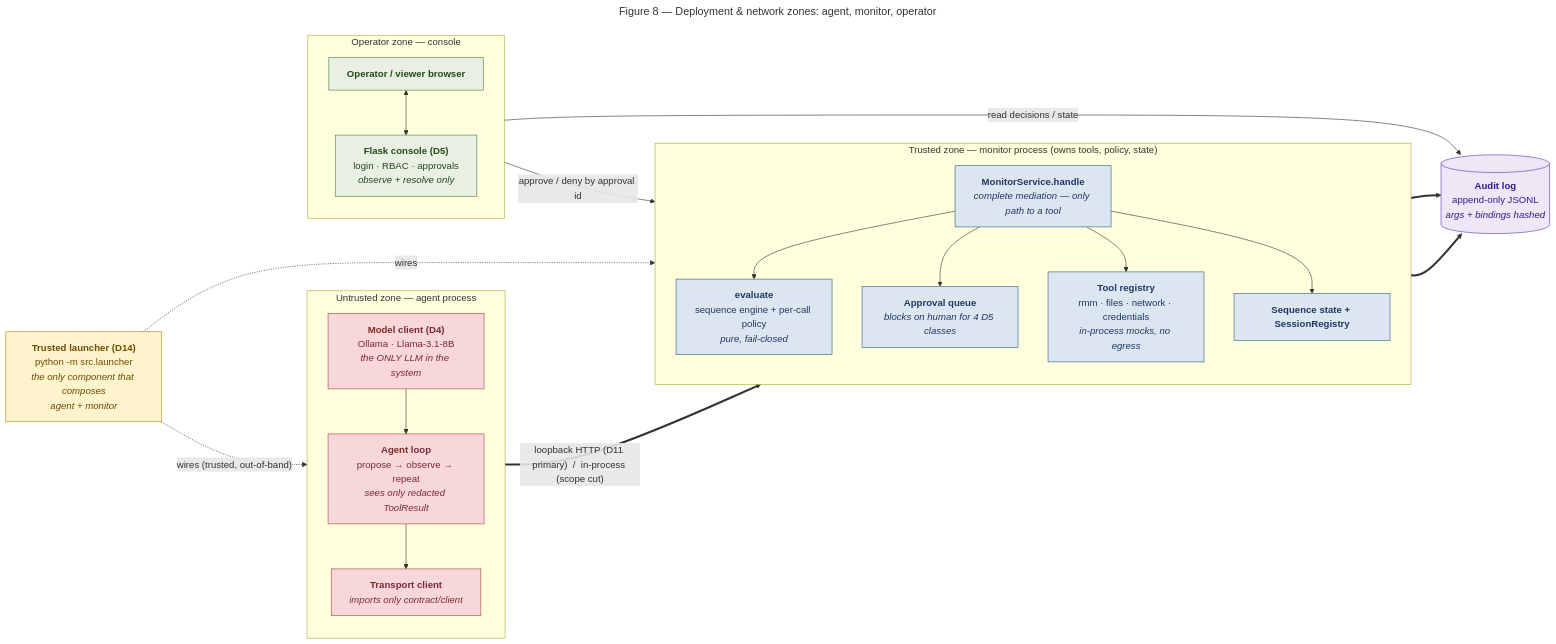
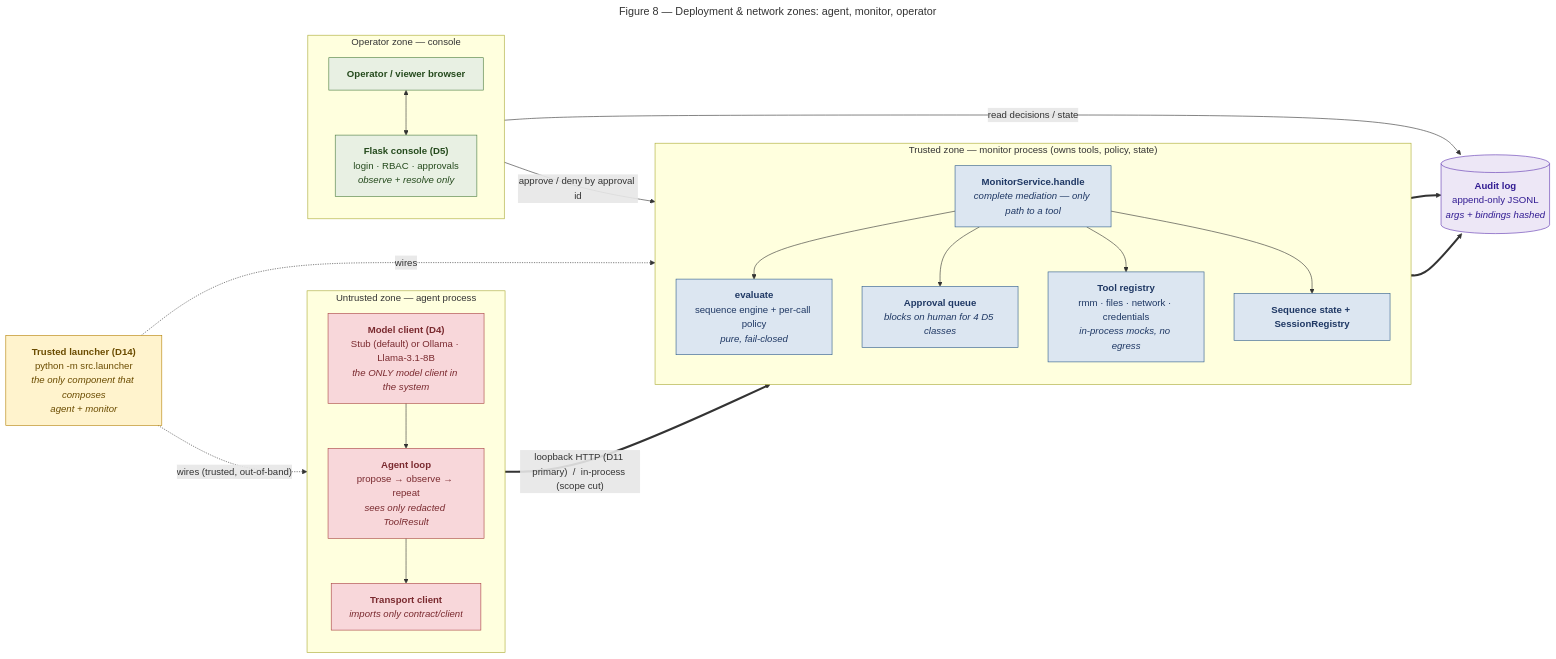
One commit to lcolon231/MSIT-Capstone changed the diagram in docs/diagrams/08-deployment-zones.mmd. Above: the diagram before and after it, drawn with Mermaid. The commit also changed 10 other files, not shown here.

```diff
--- a/docs/diagrams/08-deployment-zones.mmd
+++ b/docs/diagrams/08-deployment-zones.mmd
@@ -1,56 +1,56 @@
 ---
 title: "Figure 8 — Deployment & network zones: agent, monitor, operator"
 ---
 flowchart LR
     subgraph UZ["Untrusted zone — agent process"]
         direction TB
-        LLM["<b>Model client (D4)</b><br/>Ollama · Llama-3.1-8B<br/><i>the ONLY LLM in the system</i>"]
+        LLM["<b>Model client (D4)</b><br/>Stub (default) or Ollama · Llama-3.1-8B<br/><i>the ONLY model client in the system</i>"]
         LOOP["<b>Agent loop</b><br/>propose → observe → repeat<br/><i>sees only redacted ToolResult</i>"]
         TXC["<b>Transport client</b><br/><i>imports only contract/client</i>"]
         LLM --> LOOP --> TXC
     end
 
     LAUNCH["<b>Trusted launcher (D14)</b><br/>python -m src.launcher<br/><i>the only component that composes<br/>agent + monitor</i>"]
 
     subgraph TZ["Trusted zone — monitor process (owns tools, policy, state)"]
         direction TB
         SVC["<b>MonitorService.handle</b><br/><i>complete mediation — only path to a tool</i>"]
         EVAL["<b>evaluate</b><br/>sequence engine + per-call policy<br/><i>pure, fail-closed</i>"]
         GATE["<b>Approval queue</b><br/><i>blocks on human for 4 D5 classes</i>"]
         TOOLS["<b>Tool registry</b><br/>rmm · files · network · credentials<br/><i>in-process mocks, no egress</i>"]
         STATE["<b>Sequence state + SessionRegistry</b>"]
         SVC --> EVAL
         SVC --> GATE
         SVC --> TOOLS
         SVC --> STATE
     end
 
     LOG[("<b>Audit log</b><br/>append-only JSONL<br/><i>args + bindings hashed</i>")]
 
     subgraph OZ["Operator zone — console"]
         direction TB
         BROWSER["<b>Operator / viewer browser</b>"]
         CONSOLE["<b>Flask console (D5)</b><br/>login · RBAC · approvals<br/><i>observe + resolve only</i>"]
         BROWSER <--> CONSOLE
     end
 
     TXC == "loopback HTTP (D11 primary)  /  in-process (scope cut)" ==> SVC
     LAUNCH -. "wires (trusted, out-of-band)" .-> TXC
     LAUNCH -. wires .-> SVC
 
     SVC ==> LOG
     GATE ==> LOG
     CONSOLE -->|"read decisions / state"| LOG
     CONSOLE -->|"approve / deny by approval id"| GATE
 
     classDef untrusted fill:#f8d7da,stroke:#a94442,color:#7a2a2f
     classDef trusted fill:#dce6f1,stroke:#2e5c8a,color:#1f3864
     classDef ops fill:#e8f0e3,stroke:#4a7c3f,color:#254a1d
     classDef store fill:#ede7f6,stroke:#5e35b1,color:#311b92
     classDef launch fill:#fff3cd,stroke:#b58105,color:#6b4c00
 
     class LLM,LOOP,TXC untrusted
     class SVC,EVAL,GATE,TOOLS,STATE trusted
     class BROWSER,CONSOLE ops
     class LOG store
     class LAUNCH launch
```
